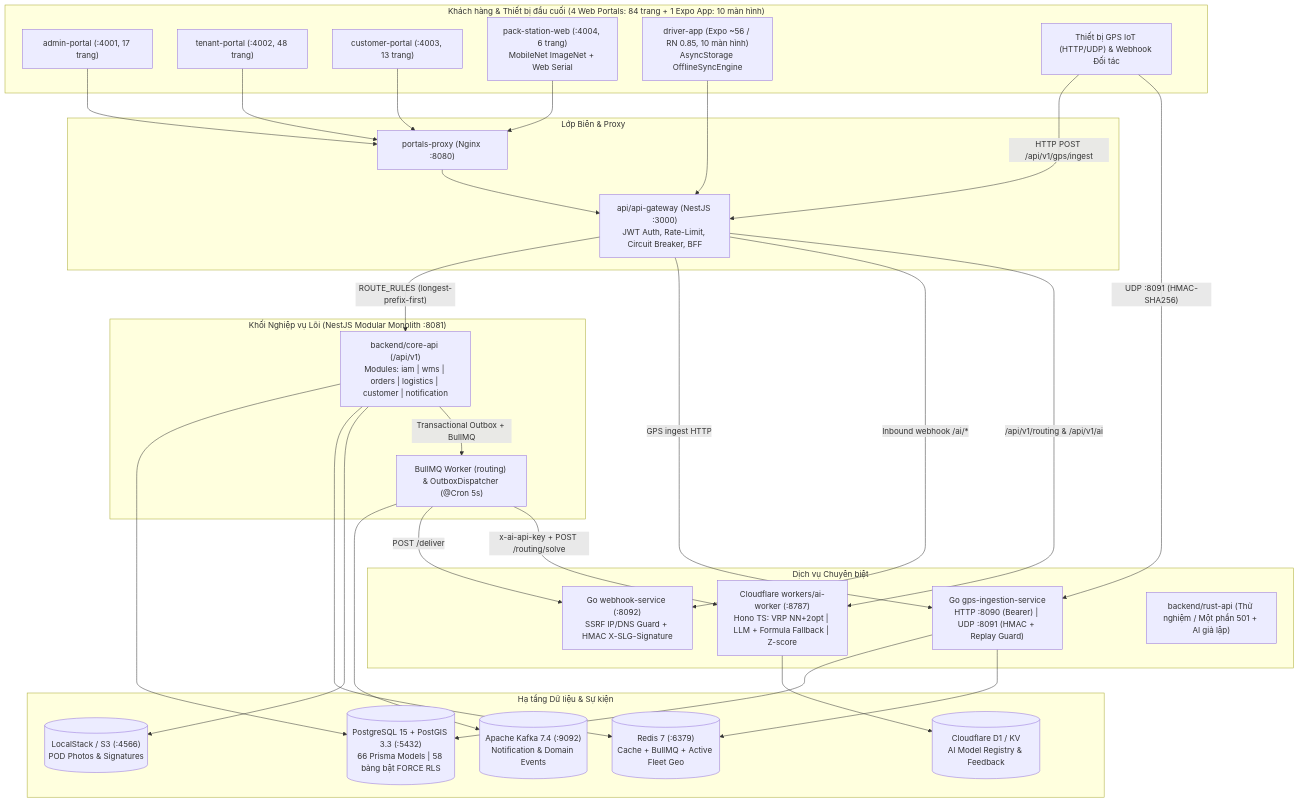
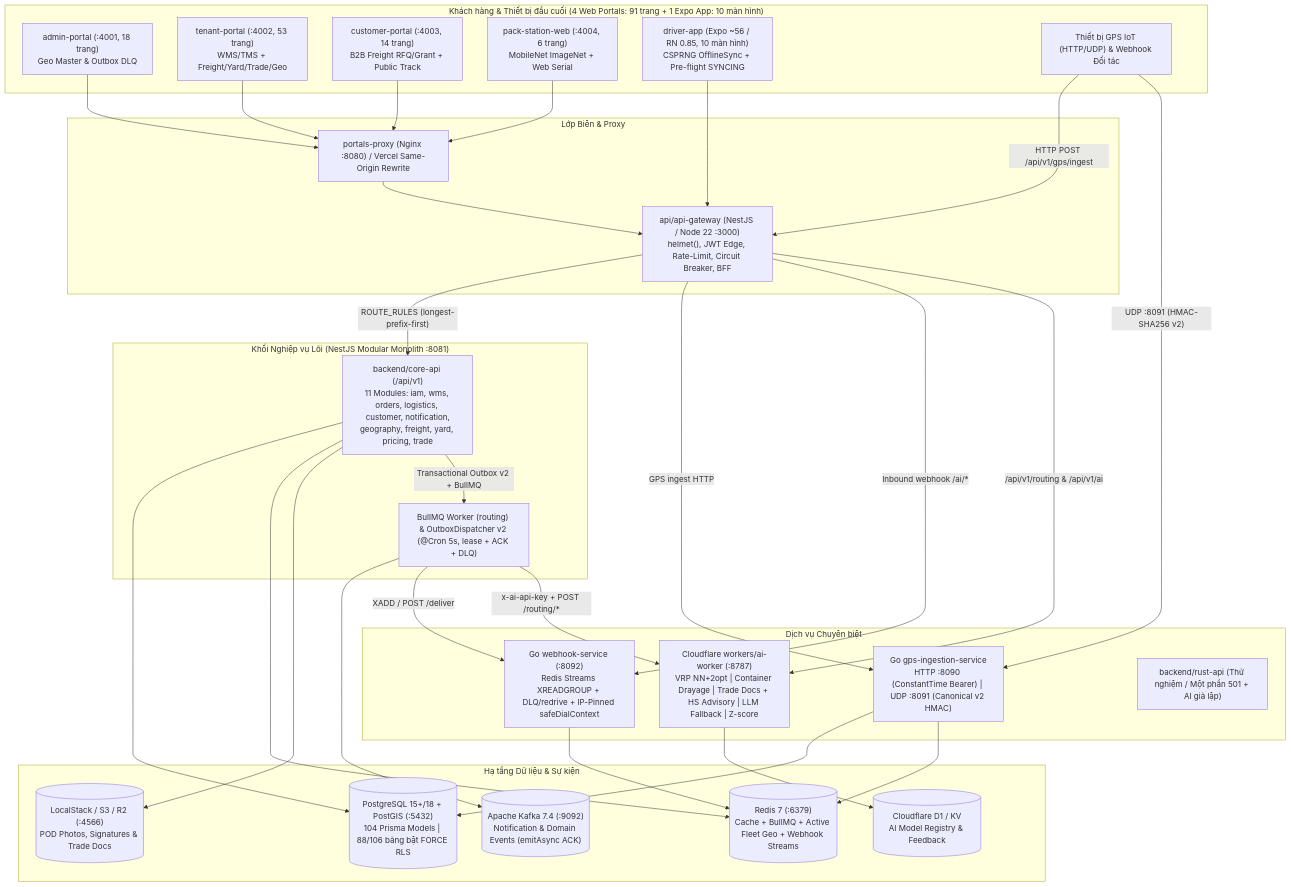
The first of 4 diagrams in docs/architecture-and-erd.md (lovemvaf/Logistic_AI_SaaS), drawn with Mermaid before and after one commit. The commit also changed other lines of this file and 21 other files, not shown here.

Commit message:
docs,ci(g7): synchronize enterprise architecture, B3-B4 dossier, CI tests & coverage

````diff
--- a/docs/architecture-and-erd.md
+++ b/docs/architecture-and-erd.md
@@ -11,58 +11,59 @@
 ```mermaid
 flowchart TD
-  subgraph Clients["Khách hàng & Thiết bị đầu cuối (4 Web Portals: 84 trang + 1 Expo App: 10 màn hình)"]
-    AP["admin-portal (:4001, 17 trang)"]
-    TP["tenant-portal (:4002, 48 trang)"]
-    CP["customer-portal (:4003, 13 trang)"]
+  subgraph Clients["Khách hàng & Thiết bị đầu cuối (4 Web Portals: 91 trang + 1 Expo App: 10 màn hình)"]
+    AP["admin-portal (:4001, 18 trang)<br/>Geo Master & Outbox DLQ"]
+    TP["tenant-portal (:4002, 53 trang)<br/>WMS/TMS + Freight/Yard/Trade/Geo"]
+    CP["customer-portal (:4003, 14 trang)<br/>B2B Freight RFQ/Grant + Public Track"]
     PS["pack-station-web (:4004, 6 trang)<br/>MobileNet ImageNet + Web Serial"]
-    DA["driver-app (Expo ~56 / RN 0.85, 10 màn hình)<br/>AsyncStorage OfflineSyncEngine"]
+    DA["driver-app (Expo ~56 / RN 0.85, 10 màn hình)<br/>CSPRNG OfflineSync + Pre-flight SYNCING"]
     DEV["Thiết bị GPS IoT (HTTP/UDP) & Webhook Đối tác"]
   end
 
   subgraph GatewayLayer["Lớp Biên & Proxy"]
-    PP["portals-proxy (Nginx :8080)"]
-    GW["api/api-gateway (NestJS :3000)<br/>JWT Auth, Rate-Limit, Circuit Breaker, BFF"]
+    PP["portals-proxy (Nginx :8080) / Vercel Same-Origin Rewrite"]
+    GW["api/api-gateway (NestJS / Node 22 :3000)<br/>helmet(), JWT Edge, Rate-Limit, Circuit Breaker, BFF"]
   end
 
   subgraph AppCore["Khối Nghiệp vụ Lõi (NestJS Modular Monolith :8081)"]
-    CORE["backend/core-api (/api/v1)<br/>Modules: iam | wms | orders | logistics | customer | notification"]
-    QUEUE["BullMQ Worker (routing) & OutboxDispatcher (@Cron 5s)"]
+    CORE["backend/core-api (/api/v1)<br/>11 Modules: iam, wms, orders, logistics, customer, notification,<br/>geography, freight, yard, pricing, trade"]
+    QUEUE["BullMQ Worker (routing) & OutboxDispatcher v2 (@Cron 5s, lease + ACK + DLQ)"]
   end
 
   subgraph SpecializedServices["Dịch vụ Chuyên biệt"]
-    GPS["Go gps-ingestion-service<br/>HTTP :8090 (Bearer) | UDP :8091 (HMAC + Replay Guard)"]
-    WH["Go webhook-service (:8092)<br/>SSRF IP/DNS Guard + HMAC X-SLG-Signature"]
-    AIW["Cloudflare workers/ai-worker (:8787)<br/>Hono TS: VRP NN+2opt | LLM + Formula Fallback | Z-score"]
+    GPS["Go gps-ingestion-service<br/>HTTP :8090 (ConstantTime Bearer) | UDP :8091 (Canonical v2 HMAC)"]
+    WH["Go webhook-service (:8092)<br/>Redis Streams XREADGROUP + DLQ/redrive + IP-Pinned safeDialContext"]
+    AIW["Cloudflare workers/ai-worker (:8787)<br/>VRP NN+2opt | Container Drayage | Trade Docs + HS Advisory | LLM Fallback | Z-score"]
     RUST["backend/rust-api (Thử nghiệm / Một phần 501 + AI giả lập)"]
   end
 
   subgraph Infra["Hạ tầng Dữ liệu & Sự kiện"]
-    PG[("PostgreSQL 15 + PostGIS 3.3 (:5432)<br/>66 Prisma Models | 58 bảng bật FORCE RLS")]
-    RD[("Redis 7 (:6379)<br/>Cache + BullMQ + Active Fleet Geo")]
-    KF[("Apache Kafka 7.4 (:9092)<br/>Notification & Domain Events")]
-    S3[("LocalStack / S3 (:4566)<br/>POD Photos & Signatures")]
+    PG[("PostgreSQL 15+/18 + PostGIS (:5432)<br/>104 Prisma Models | 88/106 bảng bật FORCE RLS")]
+    RD[("Redis 7 (:6379)<br/>Cache + BullMQ + Active Fleet Geo + Webhook Streams")]
+    KF[("Apache Kafka 7.4 (:9092)<br/>Notification & Domain Events (emitAsync ACK)")]
+    S3[("LocalStack / S3 / R2 (:4566)<br/>POD Photos, Signatures & Trade Docs")]
     D1[("Cloudflare D1 / KV<br/>AI Model Registry & Feedback")]
   end
 
   AP & TP & CP & PS --> PP
   PP --> GW
   DA --> GW
   DEV -->|"HTTP POST /api/v1/gps/ingest"| GW
-  DEV -->|"UDP :8091 (HMAC-SHA256)"| GPS
+  DEV -->|"UDP :8091 (HMAC-SHA256 v2)"| GPS
 
   GW -->|"ROUTE_RULES (longest-prefix-first)"| CORE
   GW -->|"GPS ingest HTTP"| GPS
   GW -->|"Inbound webhook /ai/*"| WH
   GW -->|"/api/v1/routing & /api/v1/ai"| AIW
 
   CORE --> PG
   CORE --> RD
   CORE --> S3
-  CORE -->|"Transactional Outbox + BullMQ"| QUEUE
+  CORE -->|"Transactional Outbox v2 + BullMQ"| QUEUE
   QUEUE --> KF
-  QUEUE -->|"POST /deliver"| WH
-  QUEUE -->|"x-ai-api-key + POST /routing/solve"| AIW
+  QUEUE -->|"XADD / POST /deliver"| WH
+  QUEUE -->|"x-ai-api-key + POST /routing/*"| AIW
   GPS --> PG
   GPS --> RD
+  WH --> RD
   AIW --> D1
 ```
````
